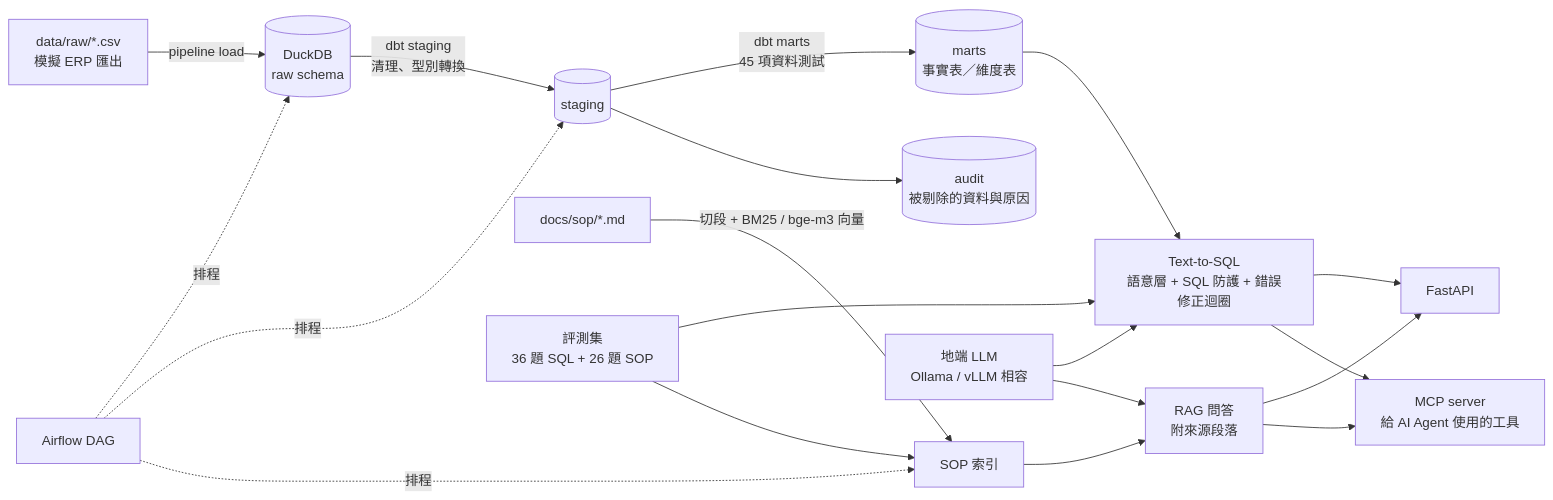
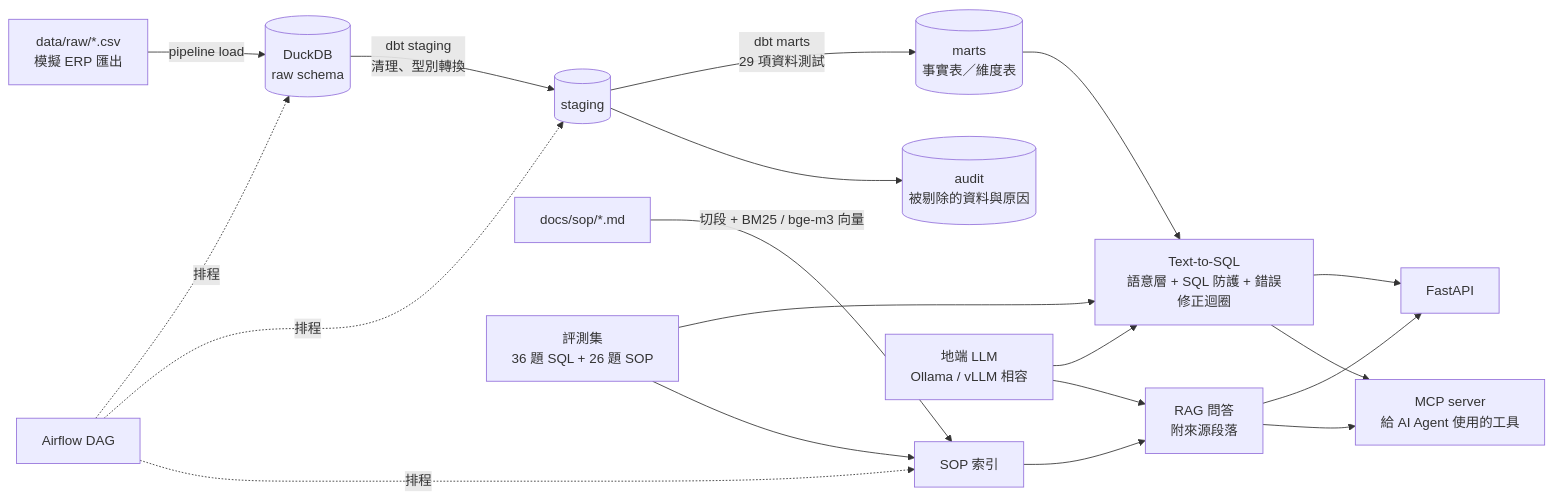
One commit to gin7416/erp-ai-copilot changed the diagram in README.md. Above: the diagram before and after it, drawn with Mermaid. The commit also changed other lines of this file, not shown here.

Commit message:
README: 29 dbt data tests (45 counted models and tests together)

````diff
--- a/README.md
+++ b/README.md
@@ -15,15 +15,15 @@
 ```mermaid
 flowchart LR
     A[data/raw/*.csv<br/>模擬 ERP 匯出] -->|pipeline load| B[(DuckDB<br/>raw schema)]
     B -->|dbt staging<br/>清理、型別轉換| C[(staging)]
-    C -->|dbt marts<br/>45 項資料測試| D[(marts<br/>事實表／維度表)]
+    C -->|dbt marts<br/>29 項資料測試| D[(marts<br/>事實表／維度表)]
     C --> Q[(audit<br/>被剔除的資料與原因)]
     S[docs/sop/*.md] -->|切段 + BM25 / bge-m3 向量| I[SOP 索引]
     D --> T[Text-to-SQL<br/>語意層 + SQL 防護 + 錯誤修正迴圈]
     I --> R[RAG 問答<br/>附來源段落]
     L[地端 LLM<br/>Ollama / vLLM 相容] --> T & R
     T & R --> API[FastAPI]
     T & R --> MCP[MCP server<br/>給 AI Agent 使用的工具]
     AF[Airflow DAG] -.排程.-> B & C & I
     E[評測集<br/>36 題 SQL + 26 題 SOP] --> T & I
 ```
````
